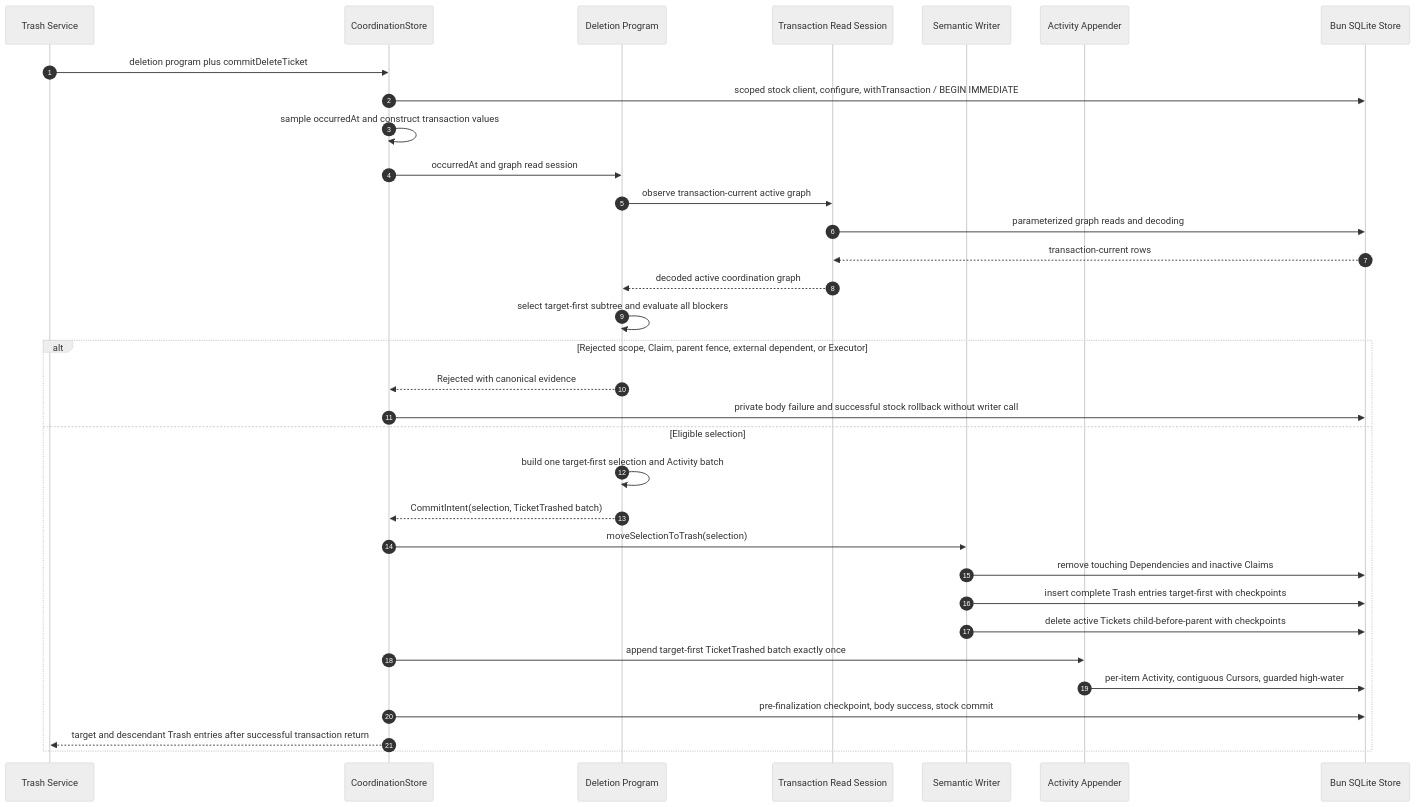
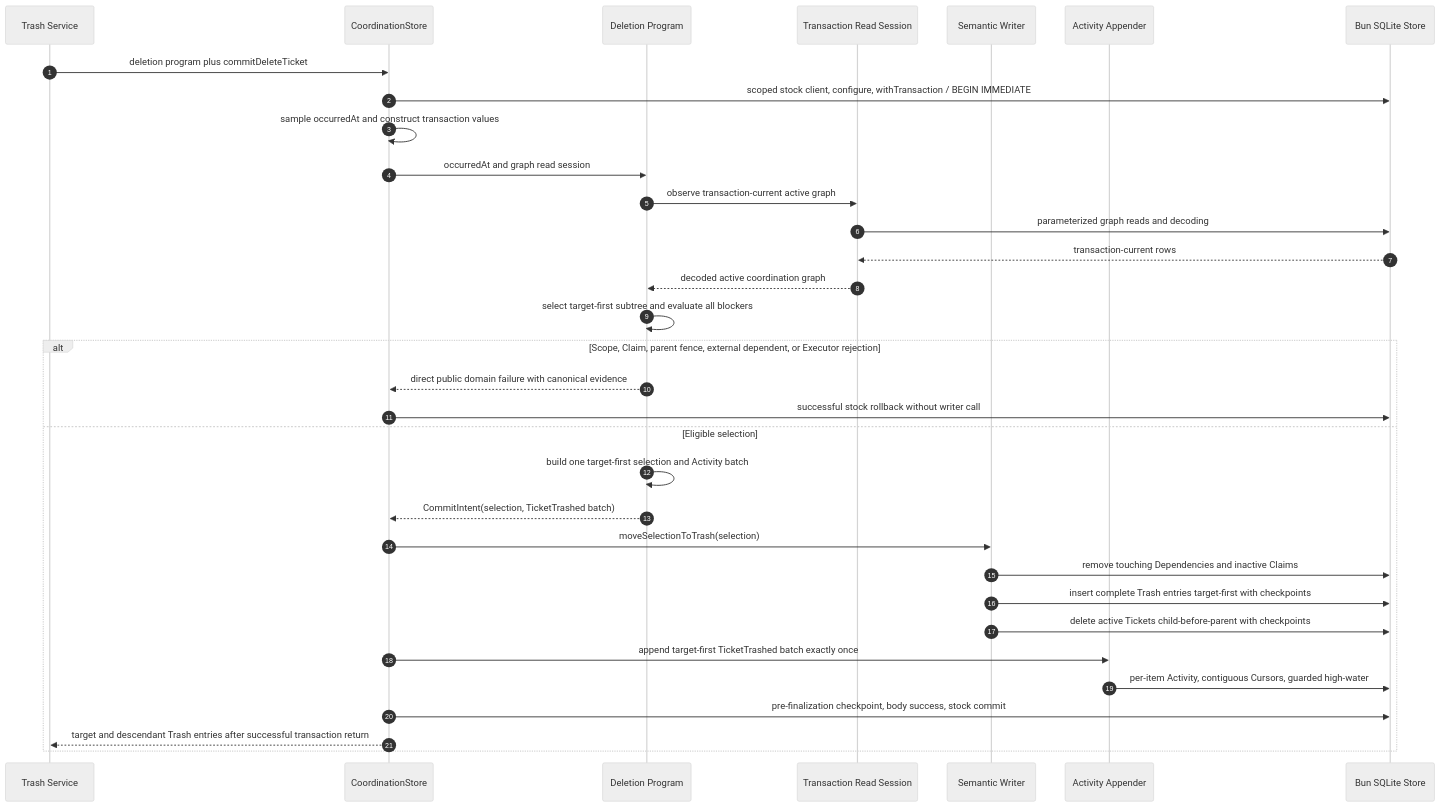
Before and after one commit to urban/task-manager: the ninth of 9 diagrams in specs/lean-v1/technical-design.md, drawn with Mermaid (neutral theme). The commit also changed other lines of this file and 6 other files, not shown here.

````diff
--- a/specs/lean-v1/technical-design.md
+++ b/specs/lean-v1/technical-design.md
@@ -1149,36 +1104,36 @@
 ```mermaid
 sequenceDiagram
   autonumber
   participant Trash as Trash Service
   participant Store as CoordinationStore
   participant Program as Deletion Program
   participant Read as Transaction Read Session
   participant Writer as Semantic Writer
   participant Activity as Activity Appender
   participant DB as Bun SQLite Store
 
   Trash->>Store: deletion program plus commitDeleteTicket
   Store->>DB: scoped stock client, configure, withTransaction / BEGIN IMMEDIATE
   Store->>Store: sample occurredAt and construct transaction values
   Store->>Program: occurredAt and graph read session
   Program->>Read: observe transaction-current active graph
   Read->>DB: parameterized graph reads and decoding
   DB-->>Read: transaction-current rows
   Read-->>Program: decoded active coordination graph
   Program->>Program: select target-first subtree and evaluate all blockers
-  alt Rejected scope, Claim, parent fence, external dependent, or Executor
-    Program-->>Store: Rejected with canonical evidence
-    Store->>DB: private body failure and successful stock rollback without writer call
+  alt Scope, Claim, parent fence, external dependent, or Executor rejection
+    Program-->>Store: direct public domain failure with canonical evidence
+    Store->>DB: successful stock rollback without writer call
   else Eligible selection
     Program->>Program: build one target-first selection and Activity batch
     Program-->>Store: CommitIntent(selection, TicketTrashed batch)
     Store->>Writer: moveSelectionToTrash(selection)
     Writer->>DB: remove touching Dependencies and inactive Claims
     Writer->>DB: insert complete Trash entries target-first with checkpoints
     Writer->>DB: delete active Tickets child-before-parent with checkpoints
     Store->>Activity: append target-first TicketTrashed batch exactly once
     Activity->>DB: per-item Activity, contiguous Cursors, guarded high-water
     Store->>DB: pre-finalization checkpoint, body success, stock commit
     Store-->>Trash: target and descendant Trash entries after successful transaction return
   end
 ```
````
